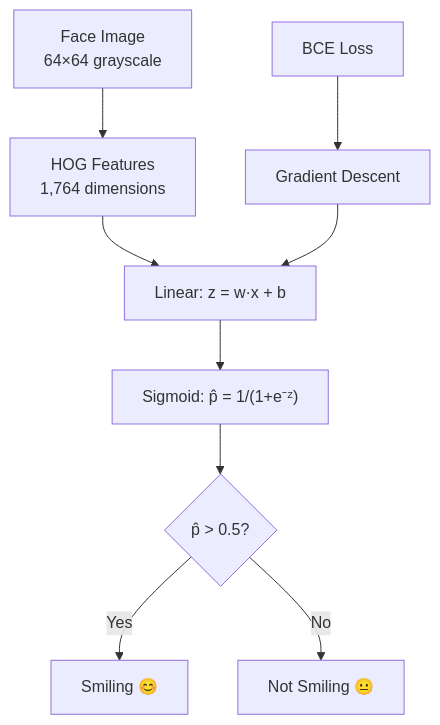
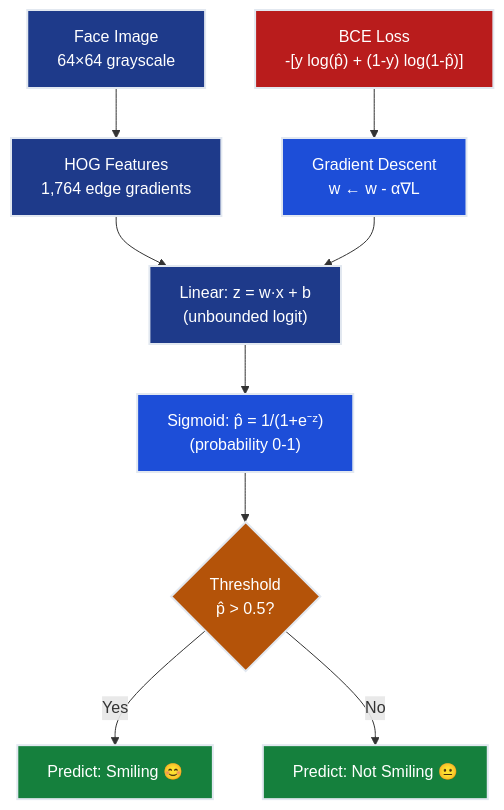
One commit to deepakshamsft/ai-portfolio changed the second of 5 diagrams in notes/ML/02_classification/ch01_logistic_regression/README.md. Above: the diagram before and after it, drawn with Mermaid. The commit also changed other lines of this file and 41 other files, not shown here.

````diff
--- a/notes/ML/02_classification/ch01_logistic_regression/README.md
+++ b/notes/ML/02_classification/ch01_logistic_regression/README.md
@@ -137,12 +242,22 @@
 ```mermaid
 graph TD
-    A["Face Image<br/>64×64 grayscale"] --> B["HOG Features<br/>1,764 dimensions"]
-    B --> C["Linear: z = w·x + b"]
-    C --> D["Sigmoid: p̂ = 1/(1+e⁻ᶻ)"]
-    D --> E{"p̂ > 0.5?"}
-    E -->|Yes| F["Smiling 😊"]
-    E -->|No| G["Not Smiling 😐"]
+    A["Face Image<br/>64×64 grayscale"] --> B["HOG Features<br/>1,764 edge gradients"]
+    B --> C["Linear: z = w·x + b<br/>(unbounded logit)"]
+    C --> D["Sigmoid: p̂ = 1/(1+e⁻ᶻ)<br/>(probability 0-1)"]
+    D --> E{"Threshold<br/>p̂ > 0.5?"}
+    E -->|Yes| F["Predict: Smiling 😊"]
+    E -->|No| G["Predict: Not Smiling 😐"]
     
-    H["BCE Loss"] --> I["Gradient Descent"]
+    H["BCE Loss<br/>-[y log(p̂) + (1-y) log(1-p̂)]"] --> I["Gradient Descent<br/>w ← w - α∇L"]
     I --> C
+    
+    style A fill:#1e3a8a,stroke:#e2e8f0,stroke-width:2px,color:#ffffff
+    style B fill:#1e3a8a,stroke:#e2e8f0,stroke-width:2px,color:#ffffff
+    style C fill:#1e3a8a,stroke:#e2e8f0,stroke-width:2px,color:#ffffff
+    style D fill:#1d4ed8,stroke:#e2e8f0,stroke-width:2px,color:#ffffff
+    style E fill:#b45309,stroke:#e2e8f0,stroke-width:2px,color:#ffffff
+    style F fill:#15803d,stroke:#e2e8f0,stroke-width:2px,color:#ffffff
+    style G fill:#15803d,stroke:#e2e8f0,stroke-width:2px,color:#ffffff
+    style H fill:#b91c1c,stroke:#e2e8f0,stroke-width:2px,color:#ffffff
+    style I fill:#1d4ed8,stroke:#e2e8f0,stroke-width:2px,color:#ffffff
 ```
````
